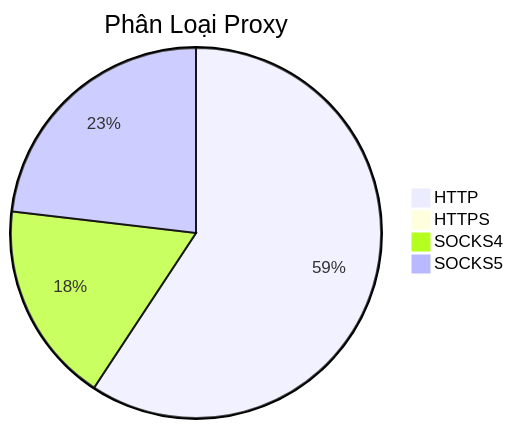
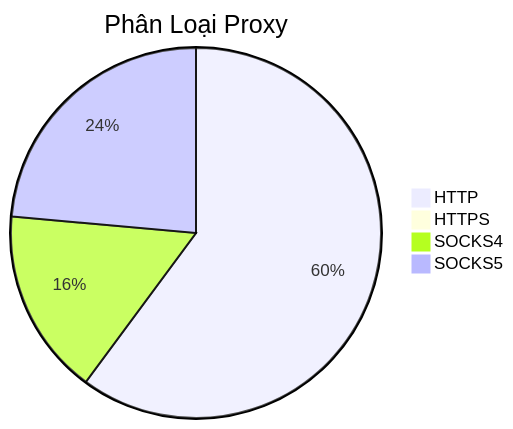
The diagram in README.md (Ciara-12/PROXY-free), drawn with Mermaid before and after one commit. The commit also changed other lines of this file and 4 other files, not shown here.

````diff
--- a/README.md
+++ b/README.md
@@ -26,7 +26,7 @@
 ```mermaid
 pie title Phân Loại Proxy
-    "HTTP" : 812
-    "HTTPS" : 3
-    "SOCKS4" : 241
-    "SOCKS5" : 317
+    "HTTP" : 801
+    "HTTPS" : 2
+    "SOCKS4" : 217
+    "SOCKS5" : 314
 ```
````
